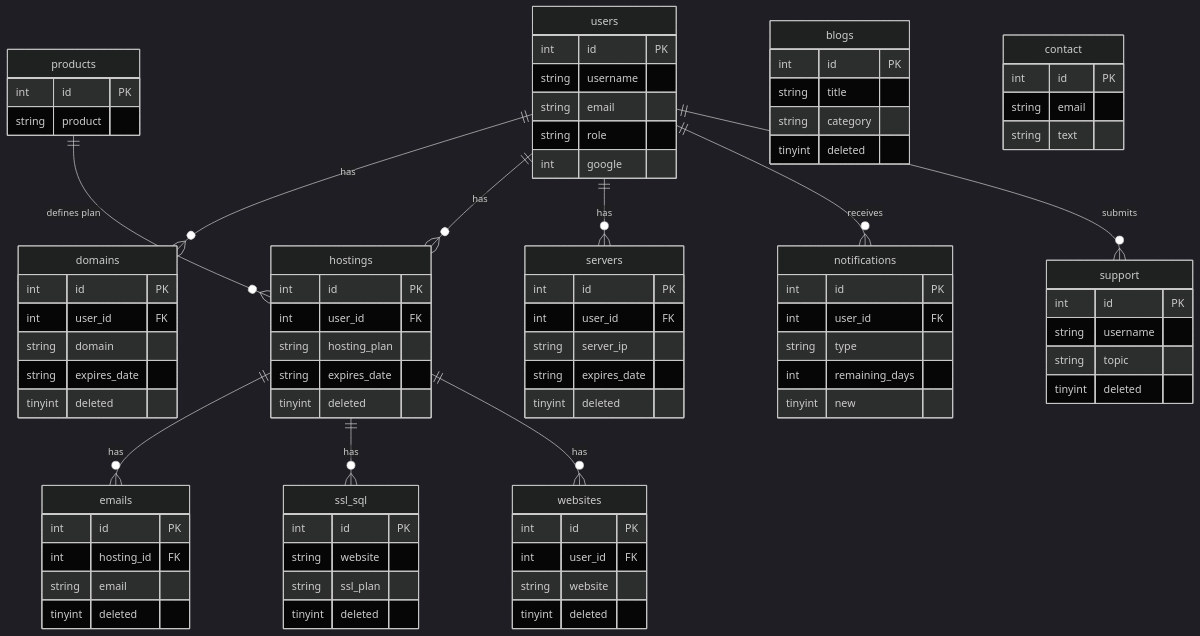
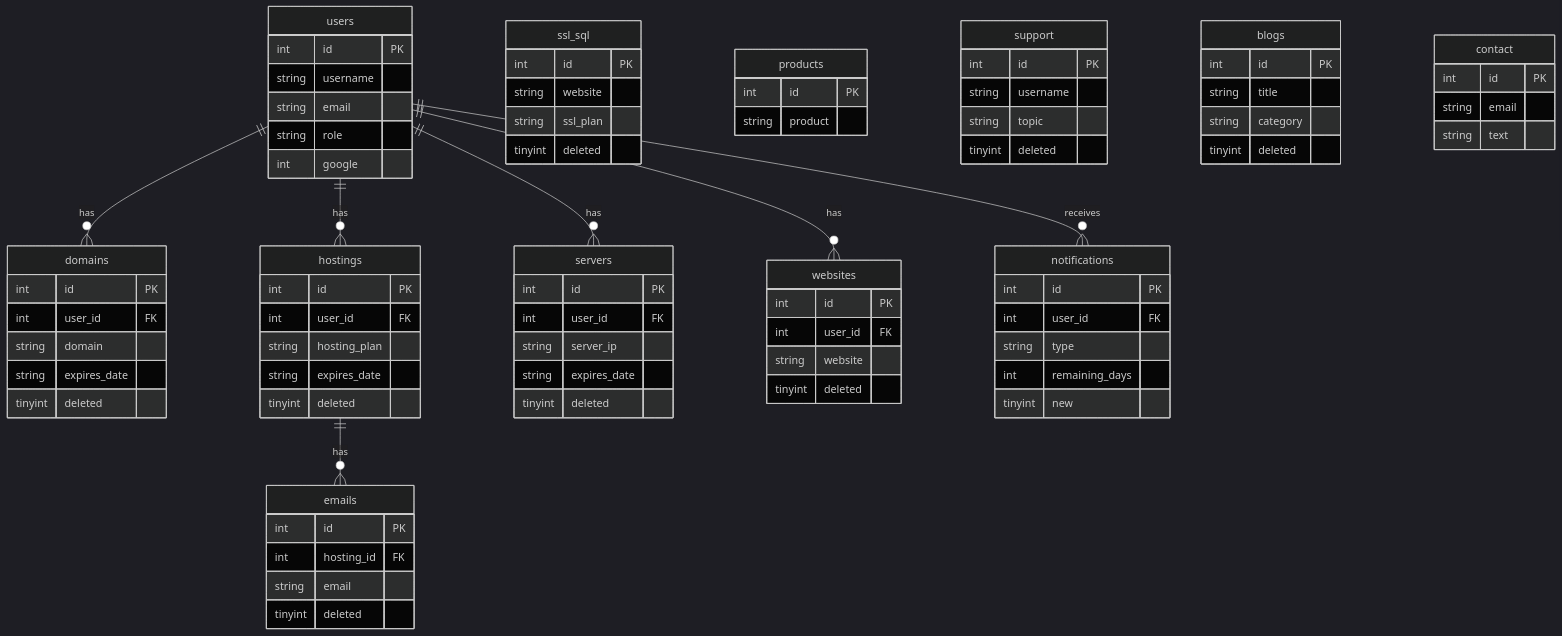
Before and after one commit to furkan-yasar0/bksoftware-architecture: the first of 2 diagrams in README.md, drawn with Mermaid (dark theme). The commit also changed other lines of this file, not shown here.

```diff
--- a/README.md
+++ b/README.md
@@ -56,12 +56,9 @@
   users ||--o{ domains : "has"
   users ||--o{ hostings : "has"
   users ||--o{ servers : "has"
+  users ||--o{ websites : "has"
   users ||--o{ notifications : "receives"
-  users ||--o{ support : "submits"
   hostings ||--o{ emails : "has"
-  hostings ||--o{ ssl_sql : "has"
-  hostings ||--o{ websites : "has"
-  products ||--o{ hostings : "defines plan"
 
   users {
     int id PK
```
